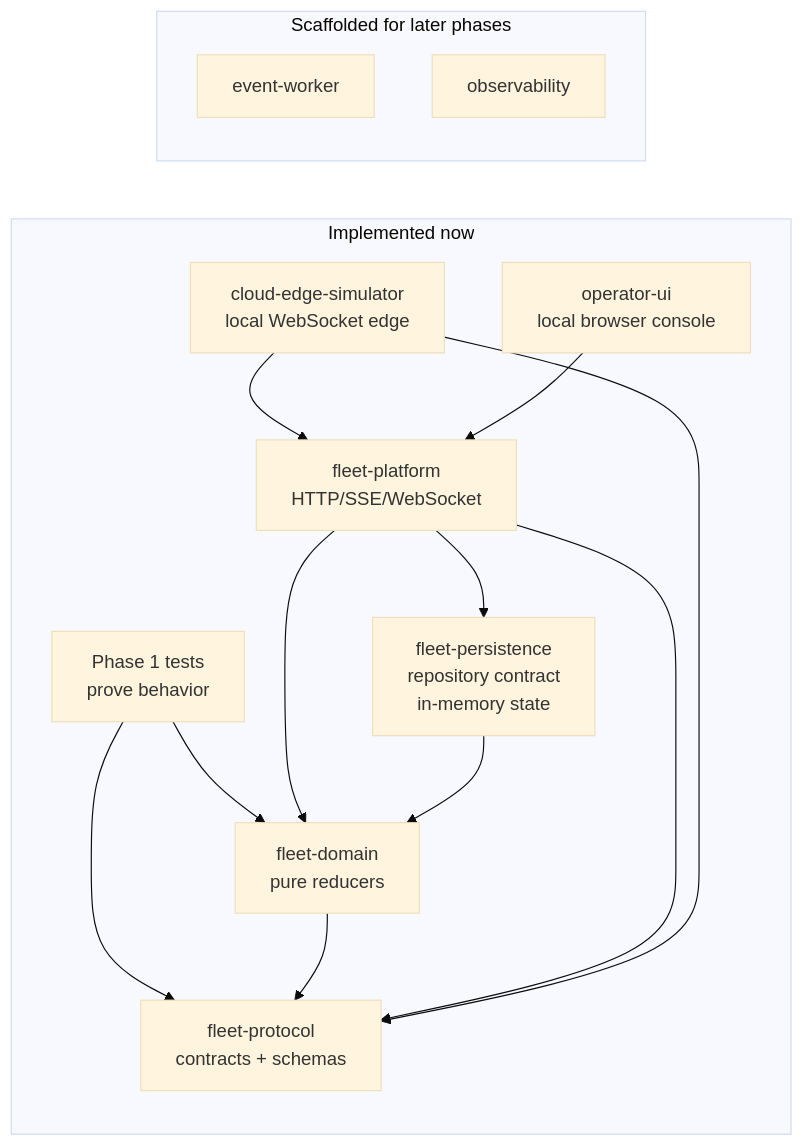
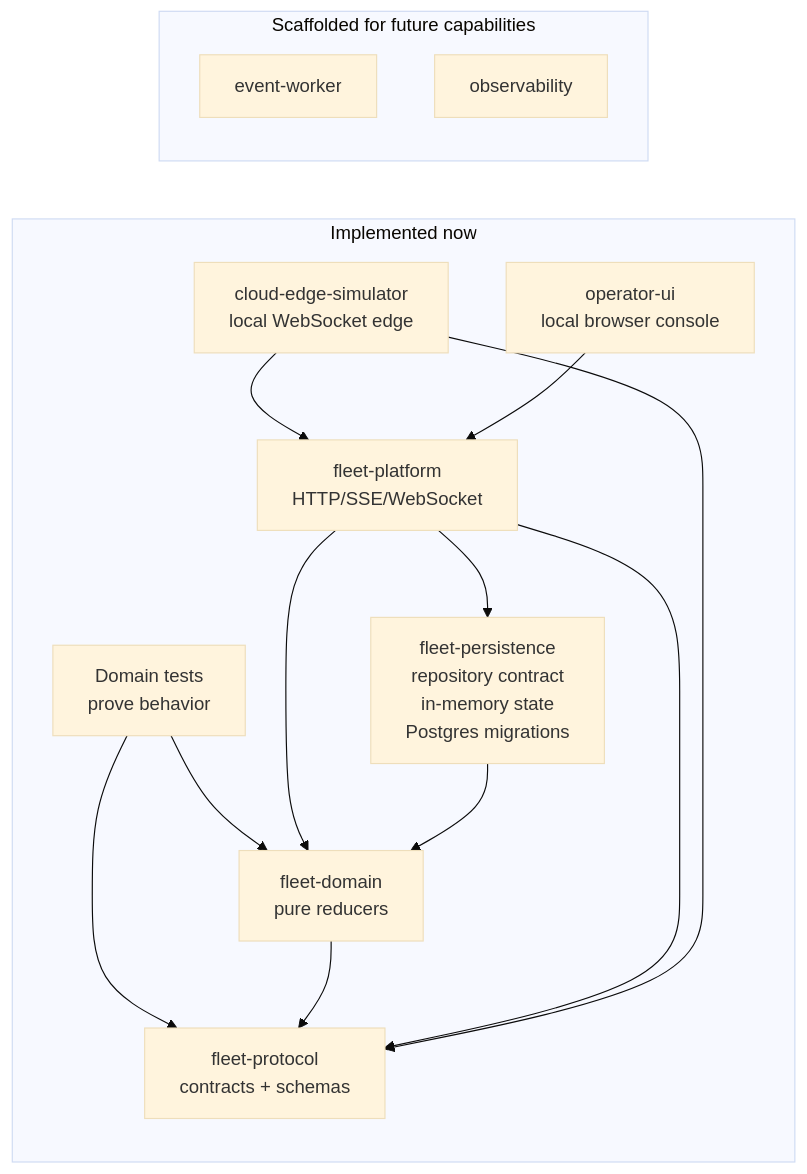
The first of 4 diagrams in docs/architecture/current-architecture.md (reinhard-z/RoboOps-Control-Plane), drawn with Mermaid (base theme) before and after one commit. The commit also changed other lines of this file and 10 other files, not shown here.

Commit message:
feat(fleet-persistence): add Postgres migration foundation

````diff
--- a/docs/architecture/current-architecture.md
+++ b/docs/architecture/current-architecture.md
@@ -36,27 +37,27 @@
 ```mermaid
 flowchart LR
   subgraph Implemented["Implemented now"]
-    Tests["Phase 1 tests<br/>prove behavior"]
+    Tests["Domain tests<br/>prove behavior"]
     Domain["fleet-domain<br/>pure reducers"]
     Protocol["fleet-protocol<br/>contracts + schemas"]
     Api["fleet-platform<br/>HTTP/SSE/WebSocket"]
-    Persistence["fleet-persistence<br/>repository contract<br/>in-memory state"]
+    Persistence["fleet-persistence<br/>repository contract<br/>in-memory state<br/>Postgres migrations"]
     Simulator["cloud-edge-simulator<br/>local WebSocket edge"]
     UI["operator-ui<br/>local browser console"]
     Tests --> Domain
     Tests --> Protocol
     Domain --> Protocol
     Api --> Persistence
     Api --> Domain
     Persistence --> Domain
     Api --> Protocol
     Simulator --> Protocol
     Simulator --> Api
     UI --> Api
   end
 
-  subgraph Placeholders["Scaffolded for later phases"]
+  subgraph Placeholders["Scaffolded for future capabilities"]
     Worker["event-worker"]
     Observability["observability"]
   end
 ```
````
